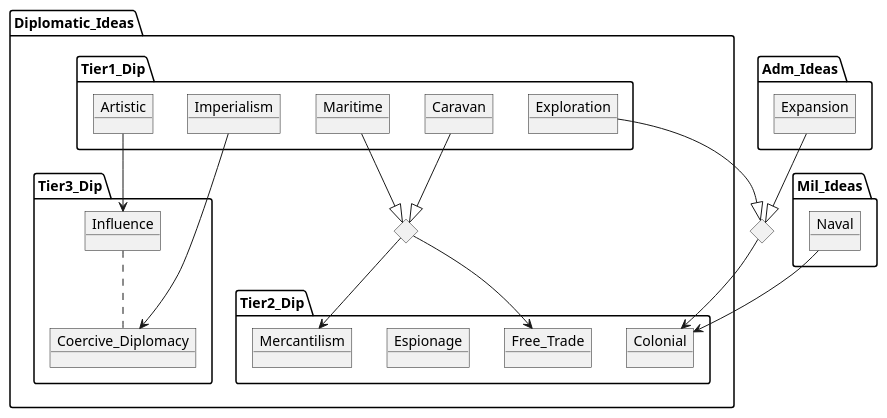
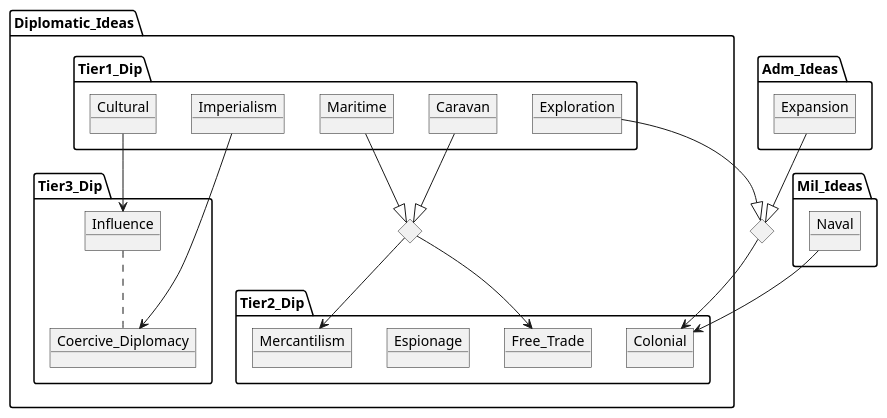
One commit to MigBat/BeyondTheCape changed the diagram in common/ideas/dip_idea_req.puml. Above: the diagram before and after it, drawn with PlantUML. The commit also changed 28 other files, not shown here.

```diff
--- a/common/ideas/dip_idea_req.puml
+++ b/common/ideas/dip_idea_req.puml
@@ -1,52 +1,52 @@
 @startuml
 
 package Diplomatic_Ideas {
 
 diamond dia1
 package Tier1_Dip {
 object Caravan
 object Maritime
-object Artistic
+object Cultural
 object Imperialism
 object Exploration
 }
 
 package Tier2_Dip {
 object Mercantilism
 object Free_Trade
 object Espionage
 object Colonial
 }
 
 package Tier3_Dip {
 object Influence
 object Coercive_Diplomacy
 }
 }
 
 package Adm_Ideas {
 object Expansion
 }
 
 package Mil_Ideas {
 object Naval
 }
 
 diamond dia2
 
 Influence .. Coercive_Diplomacy
 
-Artistic --> Influence
+Cultural --> Influence
 Imperialism --> Coercive_Diplomacy
 
 Caravan --|> dia1
 Maritime --|> dia1
 dia1 --> Mercantilism
 dia1 --> Free_Trade
 
 Naval --> Colonial
 Exploration --|> dia2
 Expansion --|> dia2
 dia2 --> Colonial
 
 @enduml
```
